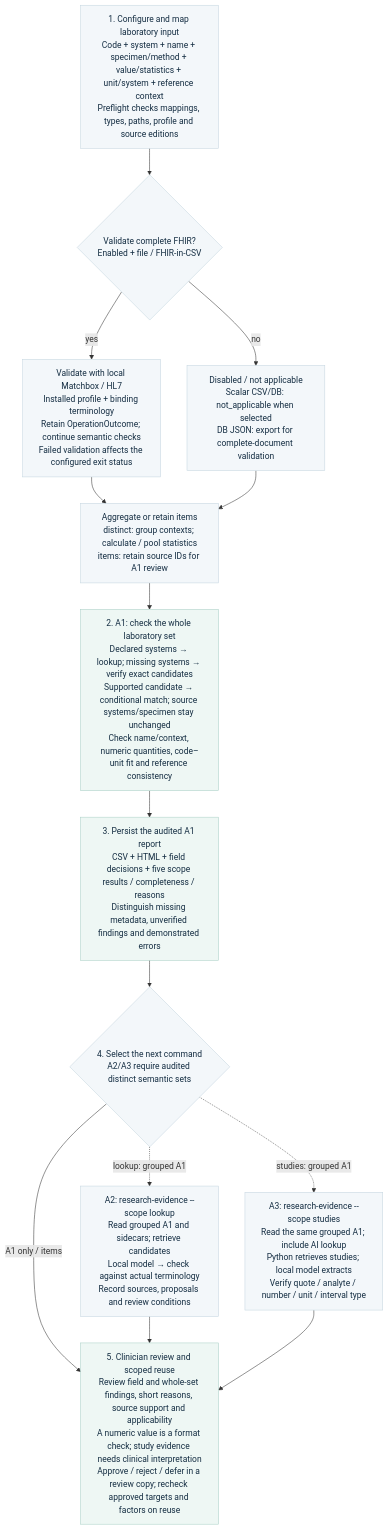
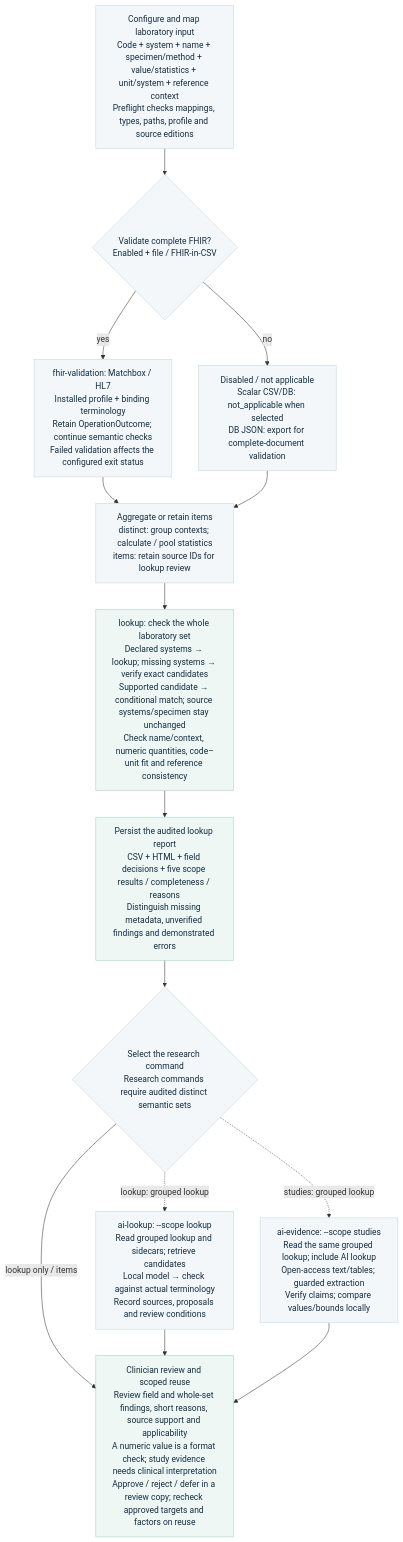
The second of 2 diagrams in README.md (neumdan/semantic-plausibility), drawn with Mermaid before and after one commit. The commit also changed other lines of this file and 45 other files, not shown here.

Commit message:
Add source-grounded laboratory evidence and validation study workflow

````diff
--- a/README.md
+++ b/README.md
@@ -172,32 +181,32 @@
 ```mermaid
 %% Generated with decision-flow.svg by tools/render_batch_diagrams.py.
 flowchart TD
-    INPUT["1. Configure and map laboratory input<br/>Code + system + name + specimen/method + value/statistics + unit/system + reference context<br/>Preflight checks mappings, types, paths, profile and source editions"]
+    INPUT["Configure and map laboratory input<br/>Code + system + name + specimen/method + value/statistics + unit/system + reference context<br/>Preflight checks mappings, types, paths, profile and source editions"]
     VALIDATION{"Validate complete FHIR?<br/>Enabled + file / FHIR-in-CSV"}
-    FHIR["Validate with local Matchbox / HL7<br/>Installed profile + binding terminology<br/>Retain OperationOutcome; continue semantic checks<br/>Failed validation affects the configured exit status"]
+    FHIR["fhir-validation: Matchbox / HL7<br/>Installed profile + binding terminology<br/>Retain OperationOutcome; continue semantic checks<br/>Failed validation affects the configured exit status"]
     SKIP["Disabled / not applicable<br/>Scalar CSV/DB: not_applicable when selected<br/>DB JSON: export for complete-document validation"]
-    GROUP["Aggregate or retain items<br/>distinct: group contexts; calculate / pool statistics<br/>items: retain source IDs for A1 review"]
-    A1["2. A1: check the whole laboratory set<br/>Declared systems → lookup; missing systems → verify exact candidates<br/>Supported candidate → conditional match; source systems/specimen stay unchanged<br/>Check name/context, numeric quantities, code–unit fit and reference consistency"]
-    REPORT["3. Persist the audited A1 report<br/>CSV + HTML + field decisions + five scope results / completeness / reasons<br/>Distinguish missing metadata, unverified findings and demonstrated errors"]
-    METHOD{"4. Select the next command<br/>A2/A3 require audited distinct semantic sets"}
-    A2["A2: research-evidence --scope lookup<br/>Read grouped A1 and sidecars; retrieve candidates<br/>Local model → check against actual terminology<br/>Record sources, proposals and review conditions"]
-    A3["A3: research-evidence --scope studies<br/>Read the same grouped A1; include AI lookup<br/>Python retrieves studies; local model extracts<br/>Verify quote / analyte / number / unit / interval type"]
-    REVIEW["5. Clinician review and scoped reuse<br/>Review field and whole-set findings, short reasons, source support and applicability<br/>A numeric value is a format check; study evidence needs clinical interpretation<br/>Approve / reject / defer in a review copy; recheck approved targets and factors on reuse"]
+    GROUP["Aggregate or retain items<br/>distinct: group contexts; calculate / pool statistics<br/>items: retain source IDs for lookup review"]
+    LOOKUP["lookup: check the whole laboratory set<br/>Declared systems → lookup; missing systems → verify exact candidates<br/>Supported candidate → conditional match; source systems/specimen stay unchanged<br/>Check name/context, numeric quantities, code–unit fit and reference consistency"]
+    REPORT["Persist the audited lookup report<br/>CSV + HTML + field decisions + five scope results / completeness / reasons<br/>Distinguish missing metadata, unverified findings and demonstrated errors"]
+    METHOD{"Select the research command<br/>Research commands require audited distinct semantic sets"}
+    AI_LOOKUP["ai-lookup: --scope lookup<br/>Read grouped lookup and sidecars; retrieve candidates<br/>Local model → check against actual terminology<br/>Record sources, proposals and review conditions"]
+    AI_EVIDENCE["ai-evidence: --scope studies<br/>Read the same grouped lookup; include AI lookup<br/>Open-access text/tables; guarded extraction<br/>Verify claims; compare values/bounds locally"]
+    REVIEW["Clinician review and scoped reuse<br/>Review field and whole-set findings, short reasons, source support and applicability<br/>A numeric value is a format check; study evidence needs clinical interpretation<br/>Approve / reject / defer in a review copy; recheck approved targets and factors on reuse"]
     INPUT --> VALIDATION
     VALIDATION --> |"yes"| FHIR
     VALIDATION --> |"no"| SKIP
     FHIR --> GROUP
     SKIP --> GROUP
-    GROUP --> A1
-    A1 --> REPORT
+    GROUP --> LOOKUP
+    LOOKUP --> REPORT
     REPORT --> METHOD
-    METHOD -.-> |"lookup: grouped A1"| A2
-    METHOD -.-> |"studies: grouped A1"| A3
-    METHOD --> |"A1 only / items"| REVIEW
-    A2 --> REVIEW
-    A3 --> REVIEW
+    METHOD -.-> |"lookup: grouped lookup"| AI_LOOKUP
+    METHOD -.-> |"studies: grouped lookup"| AI_EVIDENCE
+    METHOD --> |"lookup only / items"| REVIEW
+    AI_LOOKUP --> REVIEW
+    AI_EVIDENCE --> REVIEW
     classDef normal fill:#f3f7fa,stroke:#c4d5df,color:#142d42
-    class INPUT,VALIDATION,FHIR,SKIP,GROUP,METHOD,A2,A3 normal
+    class INPUT,VALIDATION,FHIR,SKIP,GROUP,METHOD,AI_LOOKUP,AI_EVIDENCE normal
     classDef teal fill:#eef7f4,stroke:#a8cfc6,color:#142d42
-    class A1,REPORT,REVIEW teal
+    class LOOKUP,REPORT,REVIEW teal
 ```
````
